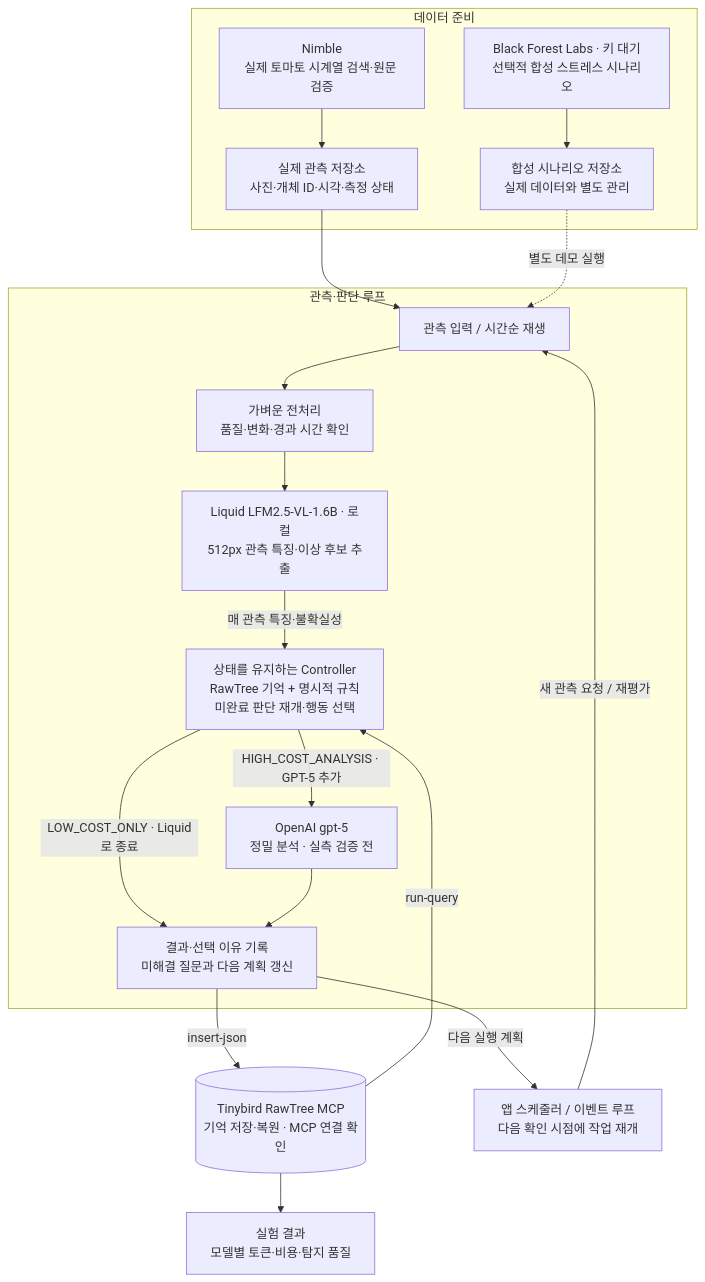
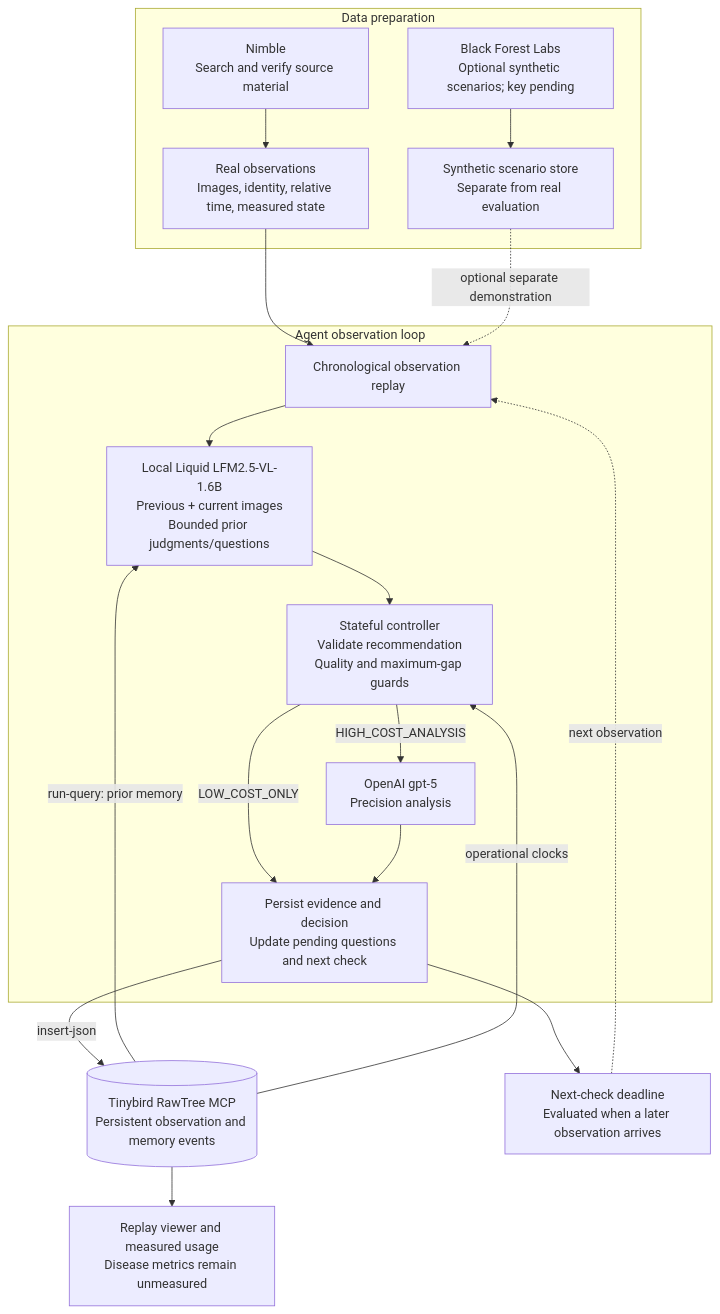
The diagram in final_plan.md (Sehyeogkim/Long_Horizon_Agents_Hackathon_0926), drawn with Mermaid before and after one commit. The commit also changed other lines of this file and 54 other files, not shown here.

````diff
--- a/final_plan.md
+++ b/final_plan.md
@@ -66,38 +48,31 @@
 ```mermaid
 flowchart TB
-    subgraph PREP["데이터 준비"]
-        N["Nimble<br/>실제 토마토 시계열 검색·원문 검증"]
-        R["실제 관측 저장소<br/>사진·개체 ID·시각·측정 상태"]
-        BFL["Black Forest Labs · 키 대기<br/>선택적 합성 스트레스 시나리오"]
-        SYN["합성 시나리오 저장소<br/>실제 데이터와 별도 관리"]
+    subgraph PREP["Data preparation"]
+        N["Nimble<br/>Search and verify source material"]
+        R["Real observations<br/>Images, identity, relative time, measured state"]
+        BFL["Black Forest Labs<br/>Optional synthetic scenarios; key pending"]
+        SYN["Synthetic scenario store<br/>Separate from real evaluation"]
         N --> R
         BFL --> SYN
     end
-
-    subgraph RUN["관측·판단 루프"]
-        P["관측 입력 / 시간순 재생"]
-        G["가벼운 전처리<br/>품질·변화·경과 시간 확인"]
-        A["상태를 유지하는 Controller<br/>RawTree 기억 + 명시적 규칙<br/>미완료 판단 재개·행동 선택"]
-        L["Liquid LFM2.5-VL-1.6B · 로컬<br/>512px 관측 특징·이상 후보 추출"]
-        V["OpenAI gpt-5<br/>정밀 분석 · 실측 검증 전"]
-        E["결과·선택 이유 기록<br/>미해결 질문과 다음 계획 갱신"]
-
-        P --> G --> L
-        L -->|매 관측 특징·불확실성| A
-        A -->|HIGH_COST_ANALYSIS · GPT-5 추가| V
-        A -->|LOW_COST_ONLY · Liquid로 종료| E
+    subgraph RUN["Agent observation loop"]
+        P["Chronological observation replay"]
+        L["Local Liquid LFM2.5-VL-1.6B<br/>Previous + current images<br/>Bounded prior judgments/questions"]
+        A["Stateful controller<br/>Validate recommendation<br/>Quality and maximum-gap guards"]
+        V["OpenAI gpt-5<br/>Precision analysis"]
+        E["Persist evidence and decision<br/>Update pending questions and next check"]
+        P --> L --> A
+        A -->|HIGH_COST_ANALYSIS| V
+        A -->|LOW_COST_ONLY| E
         V --> E
     end
-
     R --> P
-    SYN -. 별도 데모 실행 .-> P
-
-    TB[("Tinybird RawTree MCP<br/>기억 저장·복원 · MCP 연결 확인")]
+    SYN -. optional separate demonstration .-> P
+    TB[("Tinybird RawTree MCP<br/>Persistent observation and memory events")]
     E -->|insert-json| TB
-    TB -->|run-query| A
-    S["앱 스케줄러 / 이벤트 루프<br/>다음 확인 시점에 작업 재개"]
-    E -->|다음 실행 계획| S
-    S -->|새 관측 요청 / 재평가| P
-
-    TB --> REPORT["실험 결과<br/>모델별 토큰·비용·탐지 품질"]
+    TB -->|run-query: prior memory| L
+    TB -->|operational clocks| A
+    E --> NEXT["Next-check deadline<br/>Evaluated when a later observation arrives"]
+    NEXT -. next observation .-> P
+    TB --> REPORT["Replay viewer and measured usage<br/>Disease metrics remain unmeasured"]
 ```
````
